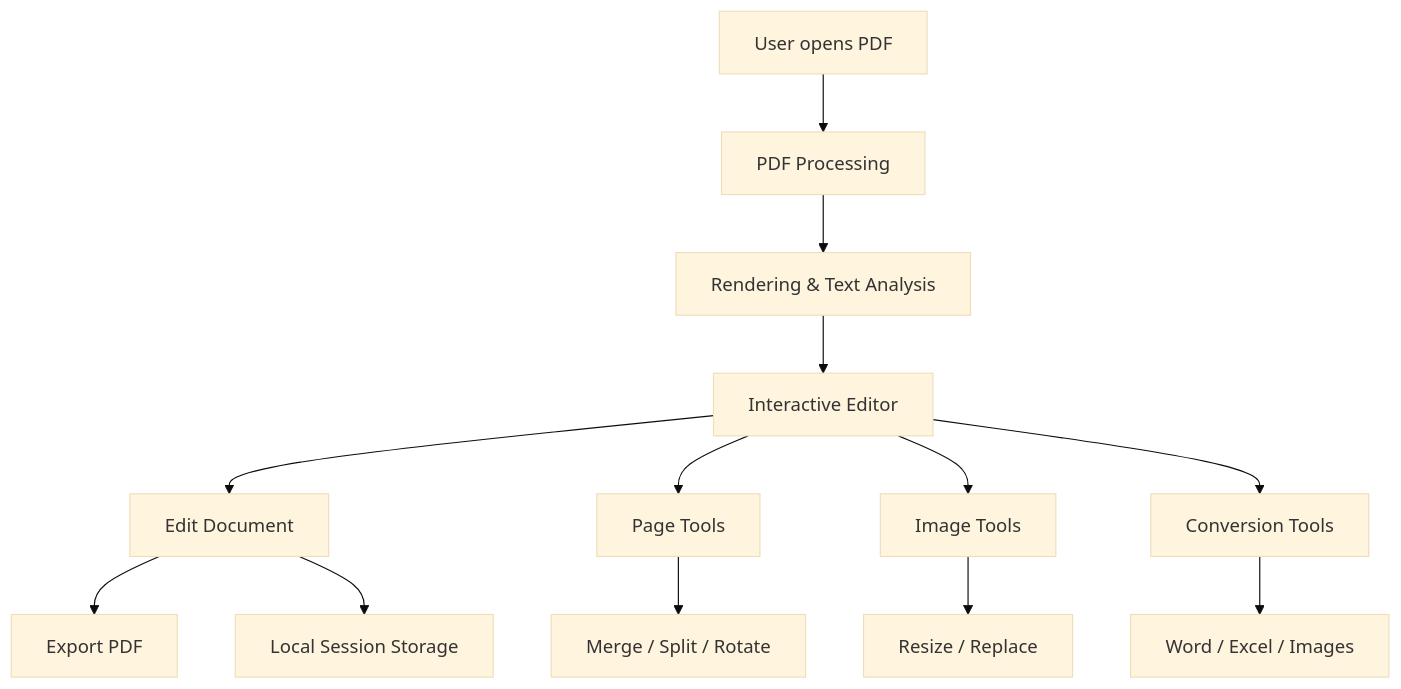
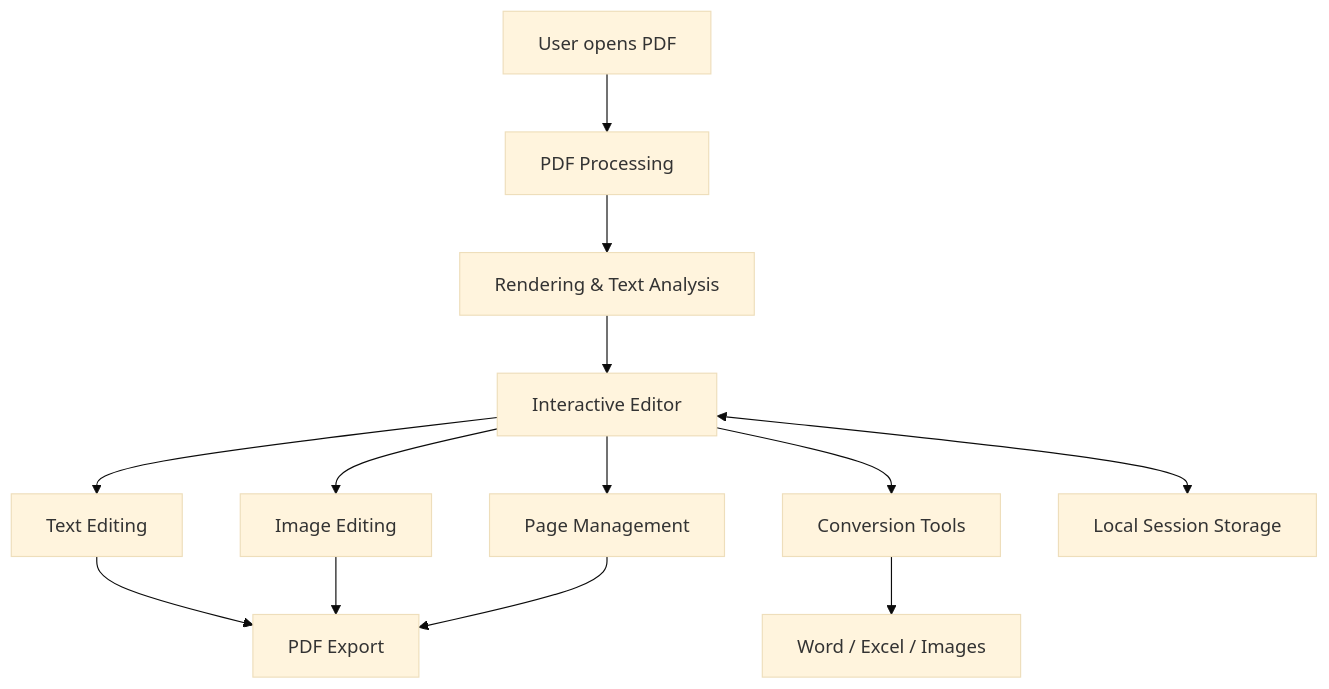
One commit to DevDarsh26/PDF-Studio changed the diagram in README.md. Above: the diagram before and after it, drawn with Mermaid (base theme). The commit also changed other lines of this file, not shown here.

````diff
--- a/README.md
+++ b/README.md
@@ -74,18 +99,18 @@
 ```mermaid
 flowchart TD
     A[User opens PDF] --> B[PDF Processing]
     B --> C[Rendering & Text Analysis]
     C --> D[Interactive Editor]
-    D --> E[Edit Document]
-    E --> F[Export PDF]
 
-    D --> G[Page Tools]
-    D --> H[Image Tools]
-    D --> I[Conversion Tools]
+    D --> E[Text Editing]
+    D --> F[Image Editing]
+    D --> G[Page Management]
+    D --> H[Conversion Tools]
 
-    G --> J[Merge / Split / Rotate]
-    H --> K[Resize / Replace]
-    I --> L[Word / Excel / Images]
+    E --> I[PDF Export]
+    F --> I
+    G --> I
+    H --> J[Word / Excel / Images]
 
-    E --> M[Local Session Storage]
+    D <--> K[Local Session Storage]
 ```
````
